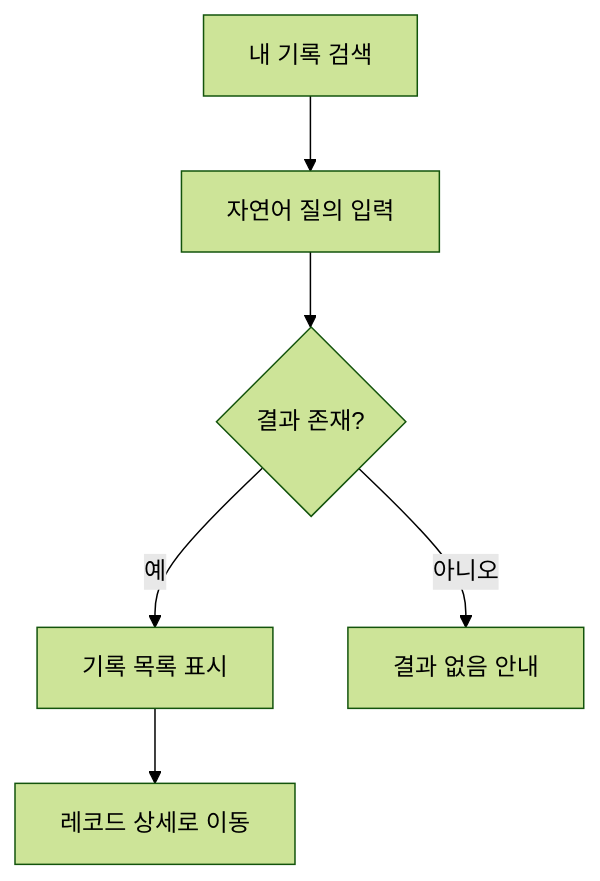
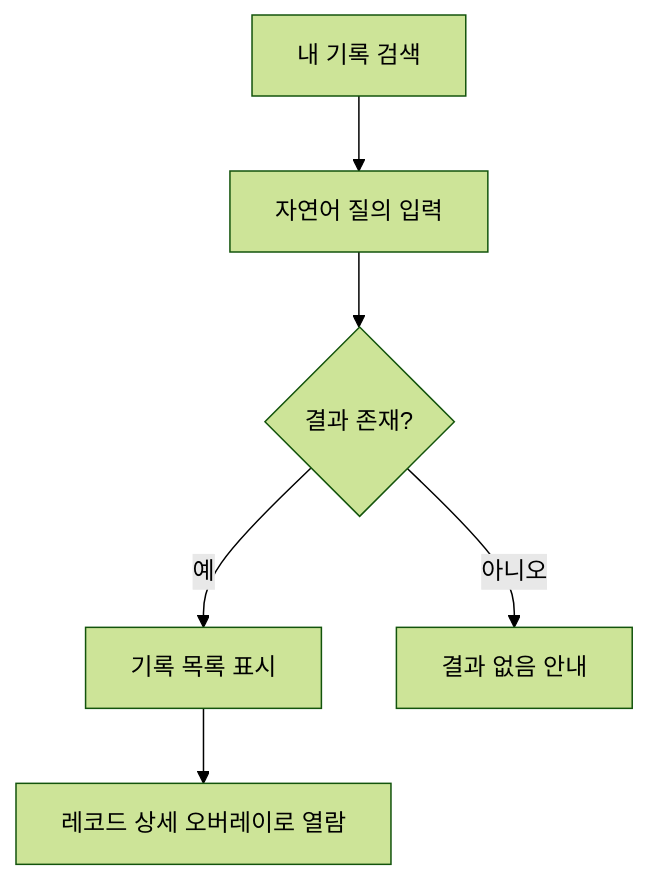
Before and after one commit to Team-PinLog/front: the fourth of 12 diagrams in docs/reference/09_유저플로우.md, drawn with Mermaid (forest theme). The commit also changed other lines of this file, not shown here.

Commit message:
docs: doc-syncer로 09 유저플로우 레퍼런스 동기화

````diff
--- a/docs/reference/09_유저플로우.md
+++ b/docs/reference/09_유저플로우.md
@@ -95,8 +98,8 @@
 ```mermaid
 flowchart TD
     A[내 기록 검색] --> B[자연어 질의 입력]
     B --> C{결과 존재?}
     C -- 예 --> D[기록 목록 표시]
     C -- 아니오 --> E[결과 없음 안내]
-    D --> F[레코드 상세로 이동]
+    D --> F[레코드 상세 오버레이로 열람]
 ```
````
